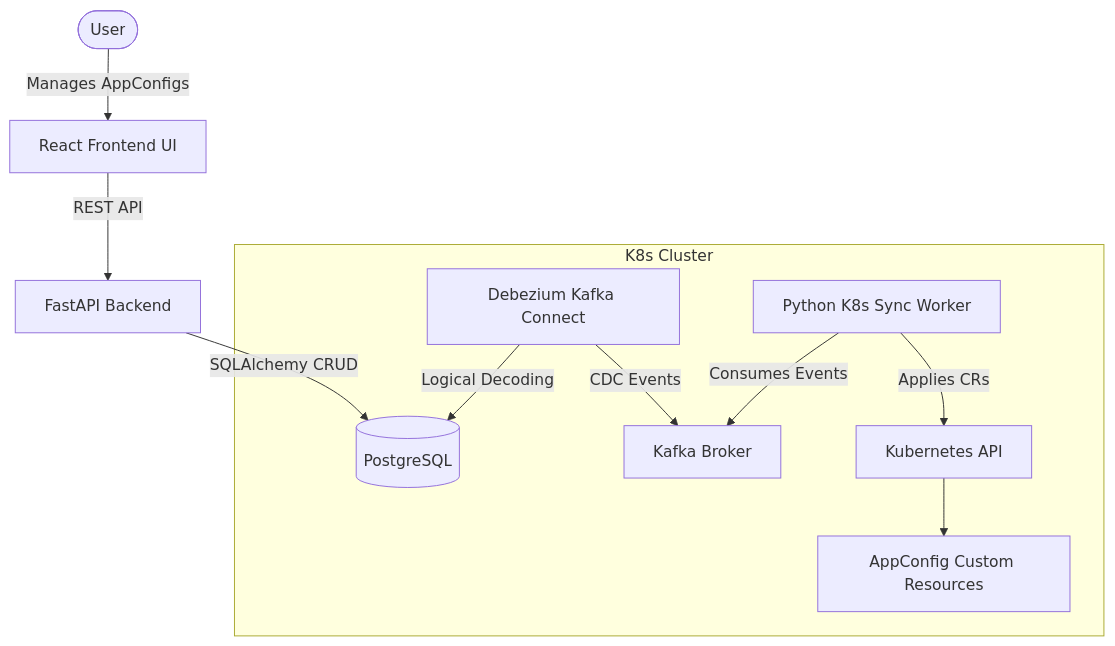
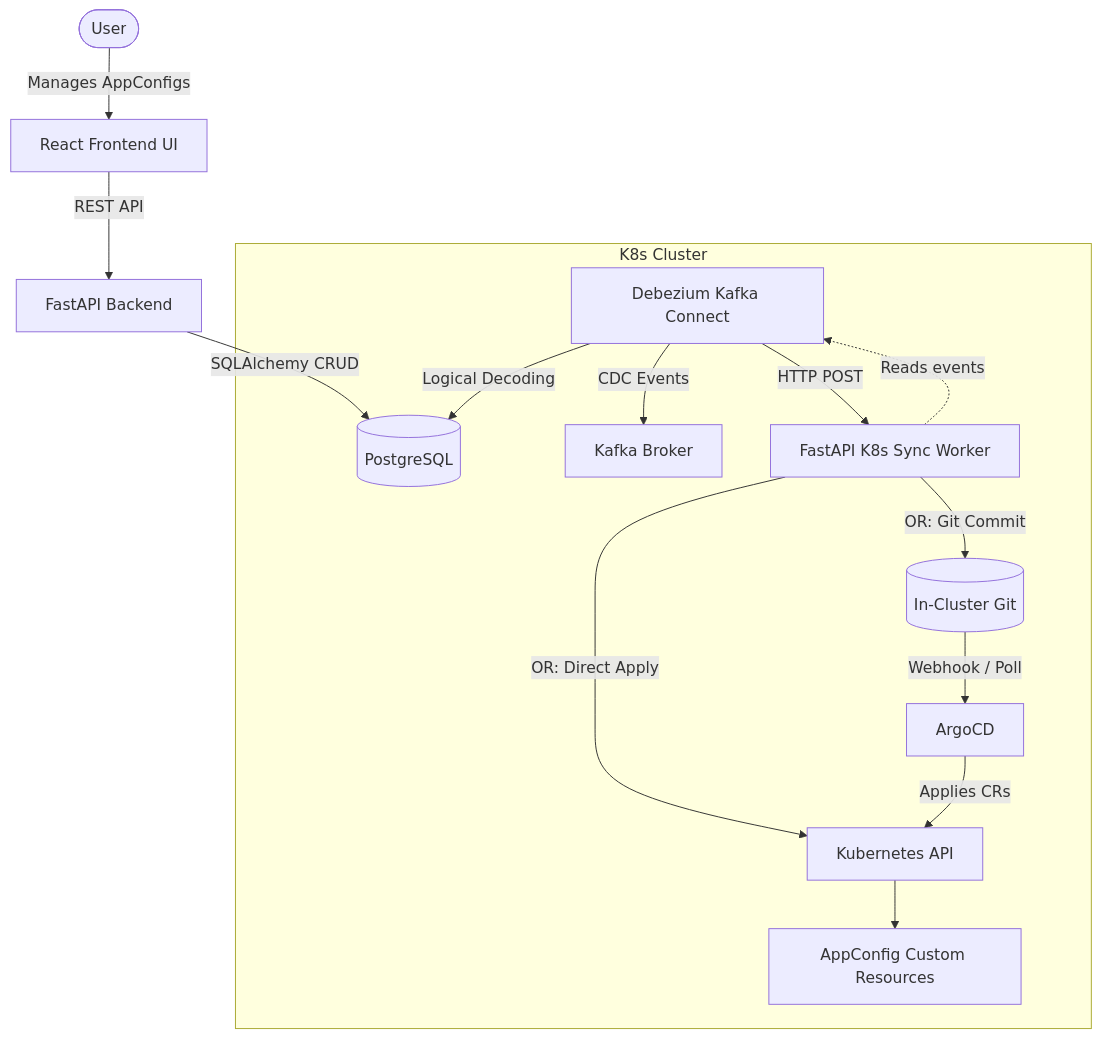
One commit to sunnyvale-it/resource-renderer-controller-pattern changed the diagram in README.md. Above: the diagram before and after it, drawn with Mermaid. The commit also changed other lines of this file and 9 other files, not shown here.

Commit message:
feat: Implement GitOps workflow with ArgoCD and an in-cluster Git server, and refactor the sync worker to consume events via Kafka Connect HTTP Sink.

````diff
--- a/README.md
+++ b/README.md
@@ -7,17 +7,23 @@
 ```mermaid
 graph TD
     User([User]) -->|Manages AppConfigs| UI[React Frontend UI]
     UI -->|REST API| API[FastAPI Backend]
     API -->|SQLAlchemy CRUD| DB[(PostgreSQL)]
     
     subgraph K8s Cluster
         DB
         KafkaConnect[Debezium Kafka Connect] -->|Logical Decoding| DB
         KafkaConnect -->|CDC Events| Kafka[Kafka Broker]
         
-        SyncWorker[Python K8s Sync Worker] -->|Consumes Events| Kafka
-        SyncWorker -->|Applies CRs| K8sAPI[Kubernetes API]
+        KafkaConnect -->|HTTP POST| SyncWorker
+        SyncWorker[FastAPI K8s Sync Worker] -.->|Reads events| KafkaConnect
+        
+        SyncWorker -->|OR: Direct Apply| K8sAPI[Kubernetes API]
+        
+        SyncWorker -->|OR: Git Commit| GitServer[(In-Cluster Git)]
+        GitServer -->|Webhook / Poll| ArgoCD[ArgoCD]
+        ArgoCD -->|Applies CRs| K8sAPI
         
         K8sAPI --> CRD[AppConfig Custom Resources]
     end
 ```
````
